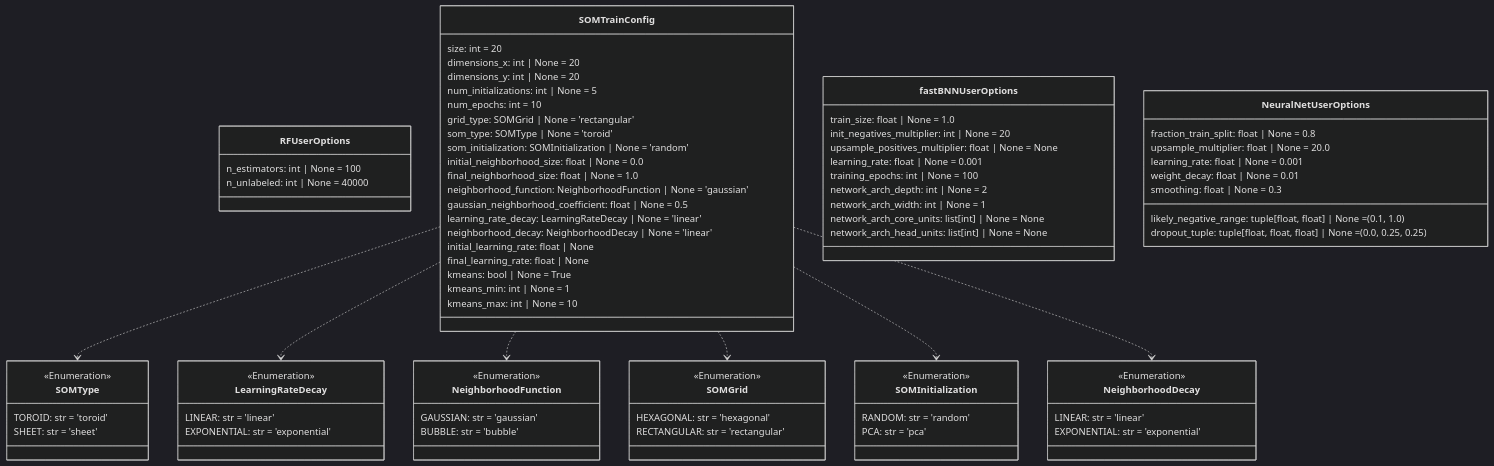
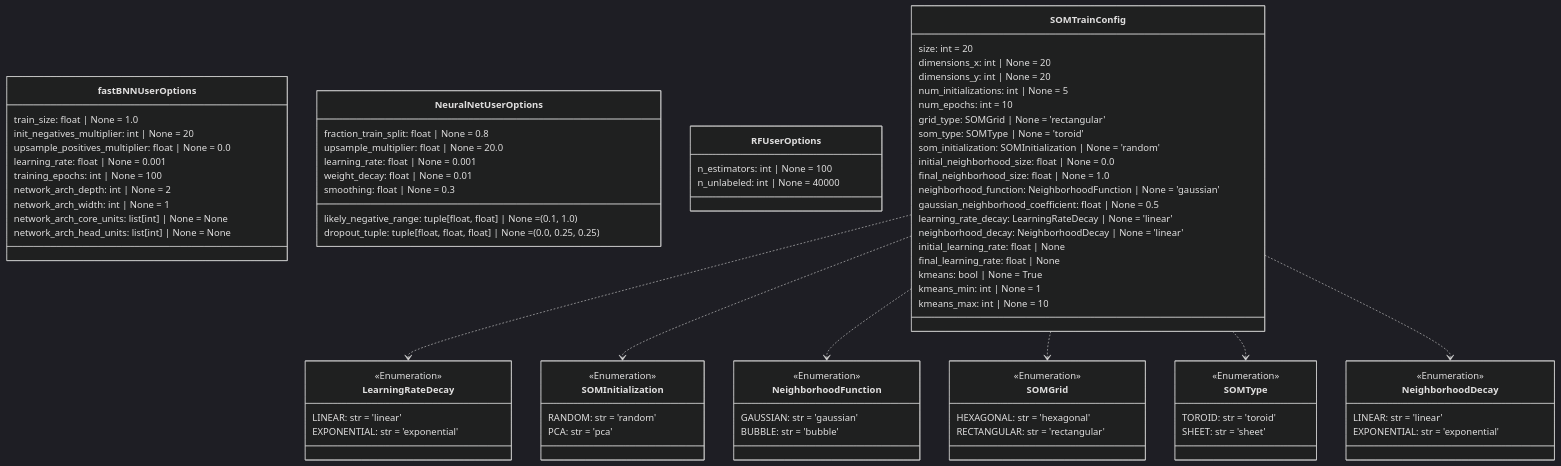
Before and after one commit to DARPA-CRITICALMAAS/cdr_schemas: diagram 14 of 14 in README.md, drawn with Mermaid (dark theme). The commit also changed other lines of this file and 1 other file, not shown here.

Commit message:
Corrected default value for upsample_positives_multiplier

````diff
--- a/README.md
+++ b/README.md
@@ -1302,21 +1302,22 @@
 ```mermaid
 classDiagram
-
-    class SOMType {
-        <<Enumeration>>
-        TOROID: str = 'toroid'
-        SHEET: str = 'sheet'
-    }
-
-    class RFUserOptions {
-        n_estimators: int | None = 100
-        n_unlabeled: int | None = 40000
-    }
 
     class LearningRateDecay {
         <<Enumeration>>
         LINEAR: str = 'linear'
         EXPONENTIAL: str = 'exponential'
+    }
+
+    class SOMInitialization {
+        <<Enumeration>>
+        RANDOM: str = 'random'
+        PCA: str = 'pca'
+    }
+
+    class NeighborhoodFunction {
+        <<Enumeration>>
+        GAUSSIAN: str = 'gaussian'
+        BUBBLE: str = 'bubble'
     }
 
     class SOMGrid {
@@ -1325,22 +1326,37 @@
         RECTANGULAR: str = 'rectangular'
     }
 
+    class fastBNNUserOptions {
+        train_size: float | None = 1.0
+        init_negatives_multiplier: int | None = 20
+        upsample_positives_multiplier: float | None = 0.0
+        learning_rate: float | None = 0.001
+        training_epochs: int | None = 100
+        network_arch_depth: int | None = 2
+        network_arch_width: int | None = 1
+        network_arch_core_units: list[int] | None = None
+        network_arch_head_units: list[int] | None = None
+    }
+
     class NeighborhoodDecay {
         <<Enumeration>>
         LINEAR: str = 'linear'
         EXPONENTIAL: str = 'exponential'
     }
 
-    class NeighborhoodFunction {
-        <<Enumeration>>
-        GAUSSIAN: str = 'gaussian'
-        BUBBLE: str = 'bubble'
+    class NeuralNetUserOptions {
+        likely_negative_range: tuple[float, float] | None = (0.1, 1.0)
+        fraction_train_split: float | None = 0.8
+        upsample_multiplier: float | None = 20.0
+        dropout_tuple: tuple[float, float, float] | None = (0.0, 0.25, 0.25)
+        learning_rate: float | None = 0.001
+        weight_decay: float | None = 0.01
+        smoothing: float | None = 0.3
     }
 
-    class SOMInitialization {
-        <<Enumeration>>
-        RANDOM: str = 'random'
-        PCA: str = 'pca'
+    class RFUserOptions {
+        n_estimators: int | None = 100
+        n_unlabeled: int | None = 40000
     }
 
     class SOMTrainConfig {
@@ -1365,33 +1381,17 @@
         kmeans_max: int | None = 10
     }
 
-    class fastBNNUserOptions {
-        train_size: float | None = 1.0
-        init_negatives_multiplier: int | None = 20
-        upsample_positives_multiplier: float | None = None
-        learning_rate: float | None = 0.001
-        training_epochs: int | None = 100
-        network_arch_depth: int | None = 2
-        network_arch_width: int | None = 1
-        network_arch_core_units: list[int] | None = None
-        network_arch_head_units: list[int] | None = None
+    class SOMType {
+        <<Enumeration>>
+        TOROID: str = 'toroid'
+        SHEET: str = 'sheet'
     }
 
-    class NeuralNetUserOptions {
-        likely_negative_range: tuple[float, float] | None = (0.1, 1.0)
-        fraction_train_split: float | None = 0.8
-        upsample_multiplier: float | None = 20.0
-        dropout_tuple: tuple[float, float, float] | None = (0.0, 0.25, 0.25)
-        learning_rate: float | None = 0.001
-        weight_decay: float | None = 0.01
-        smoothing: float | None = 0.3
-    }
-
-    SOMTrainConfig ..> SOMType
     SOMTrainConfig ..> LearningRateDecay
+    SOMTrainConfig ..> SOMInitialization
     SOMTrainConfig ..> NeighborhoodFunction
     SOMTrainConfig ..> SOMGrid
-    SOMTrainConfig ..> SOMInitialization
+    SOMTrainConfig ..> SOMType
     SOMTrainConfig ..> NeighborhoodDecay
 
 
````
